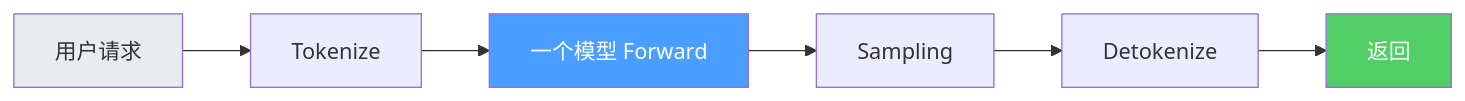
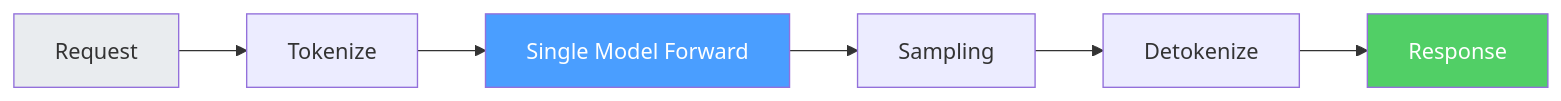
Before and after one commit to zhaochenyang20/Awesome-ML-SYS-Tutorial: the seventh of 31 diagrams in sglang/sglang-omni/README.md, drawn with Mermaid. The commit also changed other lines of this file, not shown here.

First line of the commit message:
style: use English in all Mermaid diagrams, fix broken links, simplify oversized charts

````diff
--- a/sglang/sglang-omni/README.md
+++ b/sglang/sglang-omni/README.md
@@ -275,8 +250,8 @@
 ```mermaid
 graph LR
-    A["用户请求"] --> B["Tokenize"] --> C["一个模型 Forward"] --> D["Sampling"] --> E["Detokenize"] --> F["返回"]
+    A["Request"] --> B["Tokenize"] --> C["Single Model Forward"] --> D["Sampling"] --> E["Detokenize"] --> F["Response"]
 
     style A fill:#e9ecef,color:#333
     style C fill:#4a9eff,color:#fff
     style F fill:#51cf66,color:#fff
 ```
````
